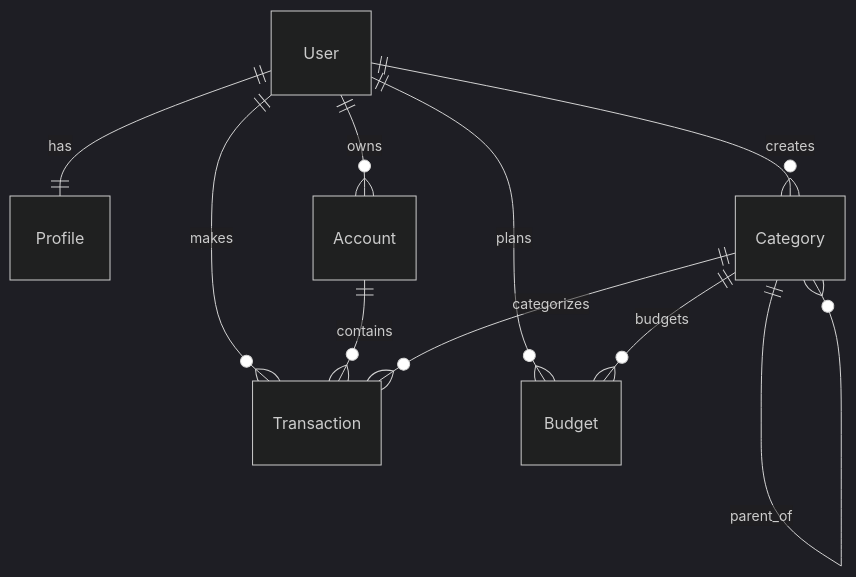
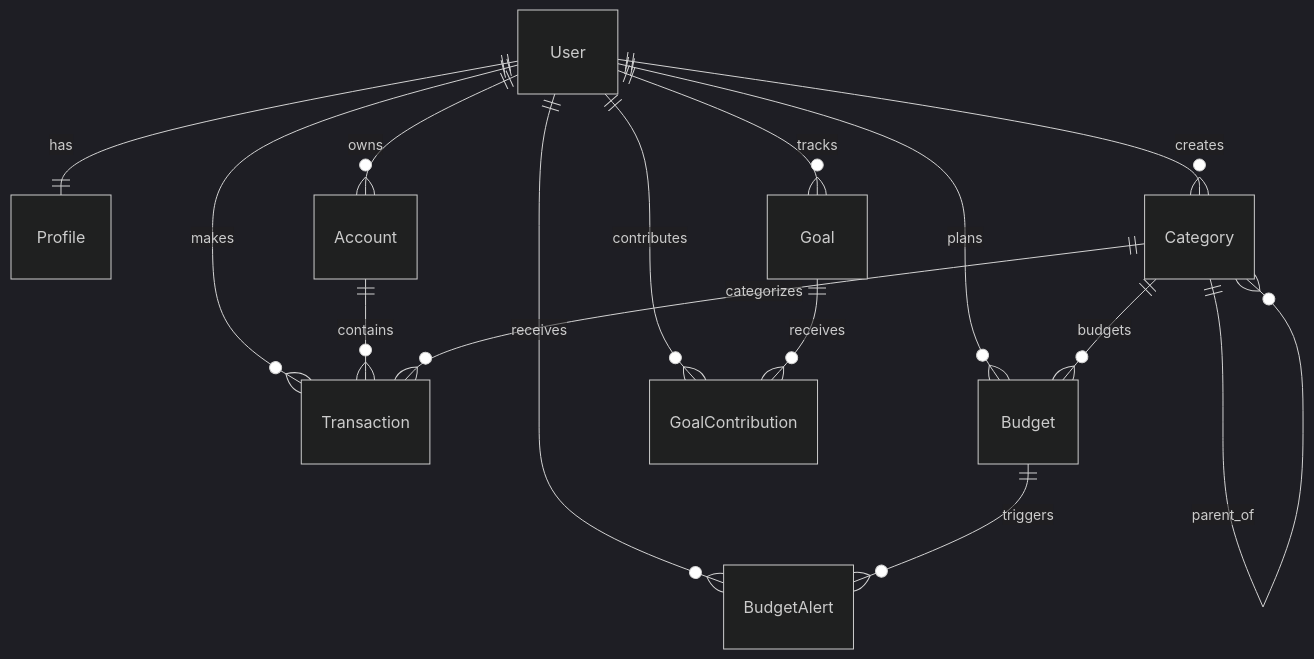
One commit to melojrx/finanpyV2 changed the diagram in docs/database-structure.md. Above: the diagram before and after it, drawn with Mermaid (dark theme). The commit also changed other lines of this file and 12 other files, not shown here.

````diff
--- a/docs/database-structure.md
+++ b/docs/database-structure.md
@@ -8,13 +8,18 @@
 ```mermaid
 erDiagram
     User ||--|| Profile : has
     User ||--o{ Account : owns
     User ||--o{ Category : creates
     User ||--o{ Transaction : makes
     User ||--o{ Budget : plans
+    User ||--o{ BudgetAlert : receives
+    User ||--o{ Goal : tracks
+    User ||--o{ GoalContribution : contributes
 
     Account ||--o{ Transaction : contains
     Category ||--o{ Transaction : categorizes
     Category ||--o{ Budget : budgets
     Category ||--o{ Category : parent_of
+    Budget ||--o{ BudgetAlert : triggers
+    Goal ||--o{ GoalContribution : receives
 ```
````
